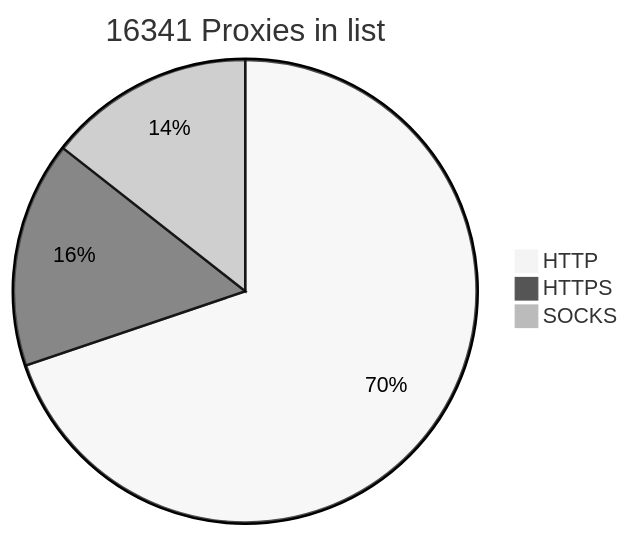
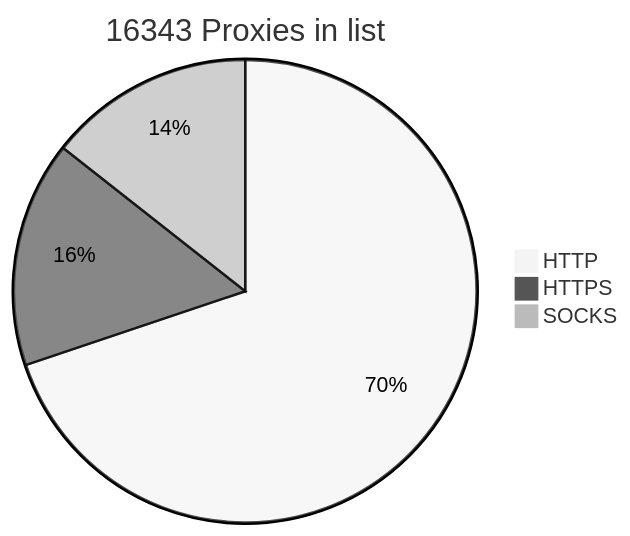
The diagram in README.md (BlackSnowDot/proxylist-update-every-minute), drawn with Mermaid (neutral theme) before and after one commit.

````diff
--- a/README.md
+++ b/README.md
@@ -2,6 +2,6 @@
 ```mermaid
-pie title 16341 Proxies in list
-    "HTTP" : 12146
+pie title 16343 Proxies in list
+    "HTTP" : 12164
     "HTTPS": 2747
     "SOCKS" : 2506
 ```
````
